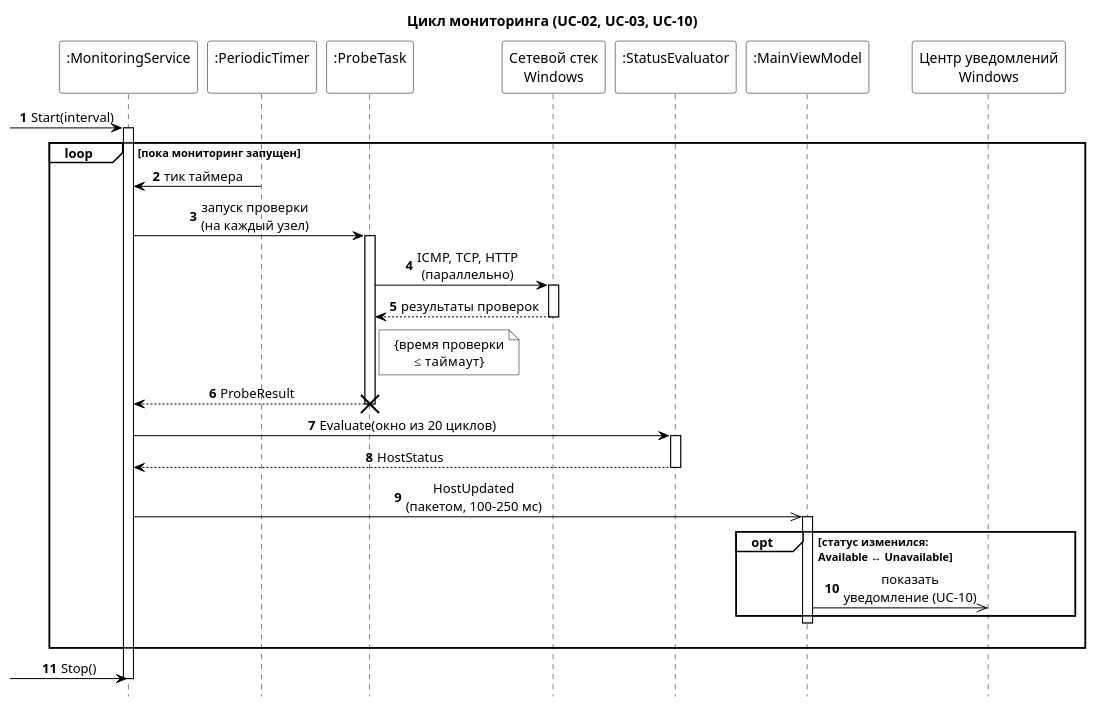
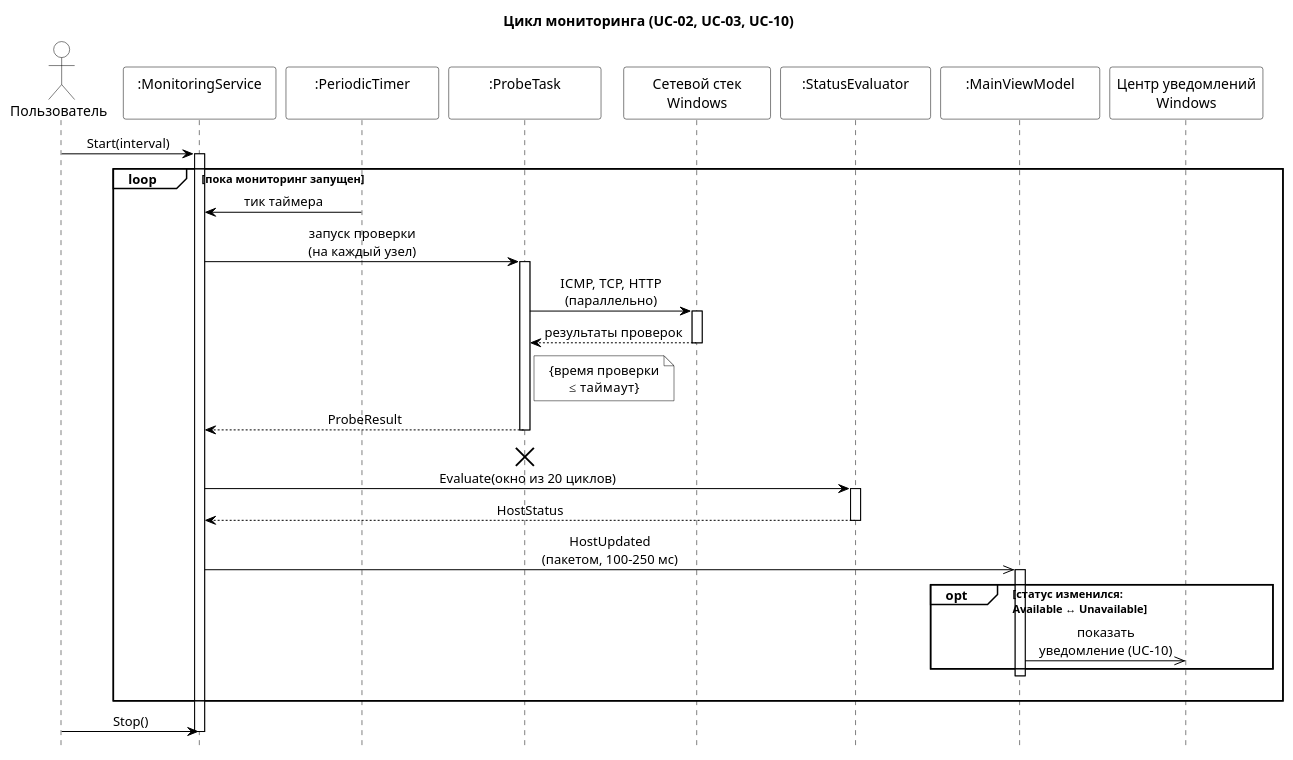
Before and after one commit to Levandovskii/liquid-ping: the diagram in docs/uml/src/sequence-monitoring-cycle.puml, drawn with PlantUML. The commit also changed 2 other files, not shown here.

Commit message:
fix: sequence diagram

```diff
--- a/docs/uml/src/sequence-monitoring-cycle.puml
+++ b/docs/uml/src/sequence-monitoring-cycle.puml
@@ -1,62 +1,72 @@
 @startuml
 hide footbox
 skinparam shadowing false
 skinparam sequenceMessageAlign center
 skinparam defaultTextAlignment center
 
-skinparam ParticipantMinWidth 145
+<style>
+sequenceDiagram {
+  destroy {
+    LineColor #D32F2F
+  }
+}
+</style>
+
 skinparam ParticipantBackgroundColor #FFFFFF
 skinparam ParticipantBorderColor #000000
+skinparam ActorBackgroundColor #FFFFFF
+skinparam ActorBorderColor #000000
 skinparam ArrowColor #000000
 skinparam SequenceLifeLineBorderColor #000000
 skinparam SequenceLifeLineBackgroundColor #FFFFFF
 skinparam SequenceGroupBackgroundColor #FFFFFF
 skinparam SequenceGroupBorderColor #000000
 skinparam SequenceDestroyColor #D32F2F
 skinparam NoteBackgroundColor #FFFFFF
 skinparam NoteBorderColor #000000
 
 title Цикл мониторинга (UC-02, UC-03, UC-10)
-autonumber
 
-participant ":MonitoringService\n " as Mon
-participant ":PeriodicTimer\n " as T
-participant ":ProbeTask\n " as PT
-participant "Сетевой стек\nWindows" as Net
-participant ":StatusEvaluator\n " as Ev
-participant ":MainViewModel\n " as VM
+actor "Пользователь" as User
+participant "&#160;&#160;:MonitoringService&#160;&#160;\n&#160;" as Mon
+participant "&#160;&#160;&#160;&#160;&#160;&#160;:PeriodicTimer&#160;&#160;&#160;&#160;&#160;&#160;\n&#160;" as T
+participant "&#160;&#160;&#160;&#160;&#160;&#160;&#160;&#160;&#160;:ProbeTask&#160;&#160;&#160;&#160;&#160;&#160;&#160;&#160;&#160;\n&#160;" as PT
+participant "&#160;&#160;&#160;&#160;&#160;&#160;Сетевой стек&#160;&#160;&#160;&#160;&#160;&#160;\nWindows" as Net
+participant "&#160;&#160;&#160;&#160;:StatusEvaluator&#160;&#160;&#160;&#160;\n&#160;" as Ev
+participant "&#160;&#160;&#160;&#160;&#160;:MainViewModel&#160;&#160;&#160;&#160;&#160;\n&#160;" as VM
 participant "Центр уведомлений\nWindows" as Notif
 
-[-> Mon : Start(interval)
+User -> Mon : Start(interval)
 activate Mon
 
 loop пока мониторинг запущен
     T -> Mon : тик таймера
     Mon -> PT : запуск проверки\n(на каждый узел)
     activate PT
     PT -> Net : ICMP, TCP, HTTP\n(параллельно)
     activate Net
     Net --> PT : результаты проверок
     deactivate Net
     note right of PT : {время проверки\n≤ таймаут}
     PT --> Mon : ProbeResult
     deactivate PT
+    PT -[hidden]-> PT
     destroy PT
 
     Mon -> Ev : Evaluate(окно из 20 циклов)
     activate Ev
     Ev --> Mon : HostStatus
     deactivate Ev
 
     Mon ->> VM : HostUpdated\n(пакетом, 100–250 мс)
     activate VM
     opt статус изменился:\nAvailable ↔ Unavailable
         VM ->> Notif : показать\nуведомление (UC-10)
     end
     deactivate VM
     |||
 end
 
-[-> Mon : Stop()
+User -> Mon : Stop()
 deactivate Mon
 @enduml
```
